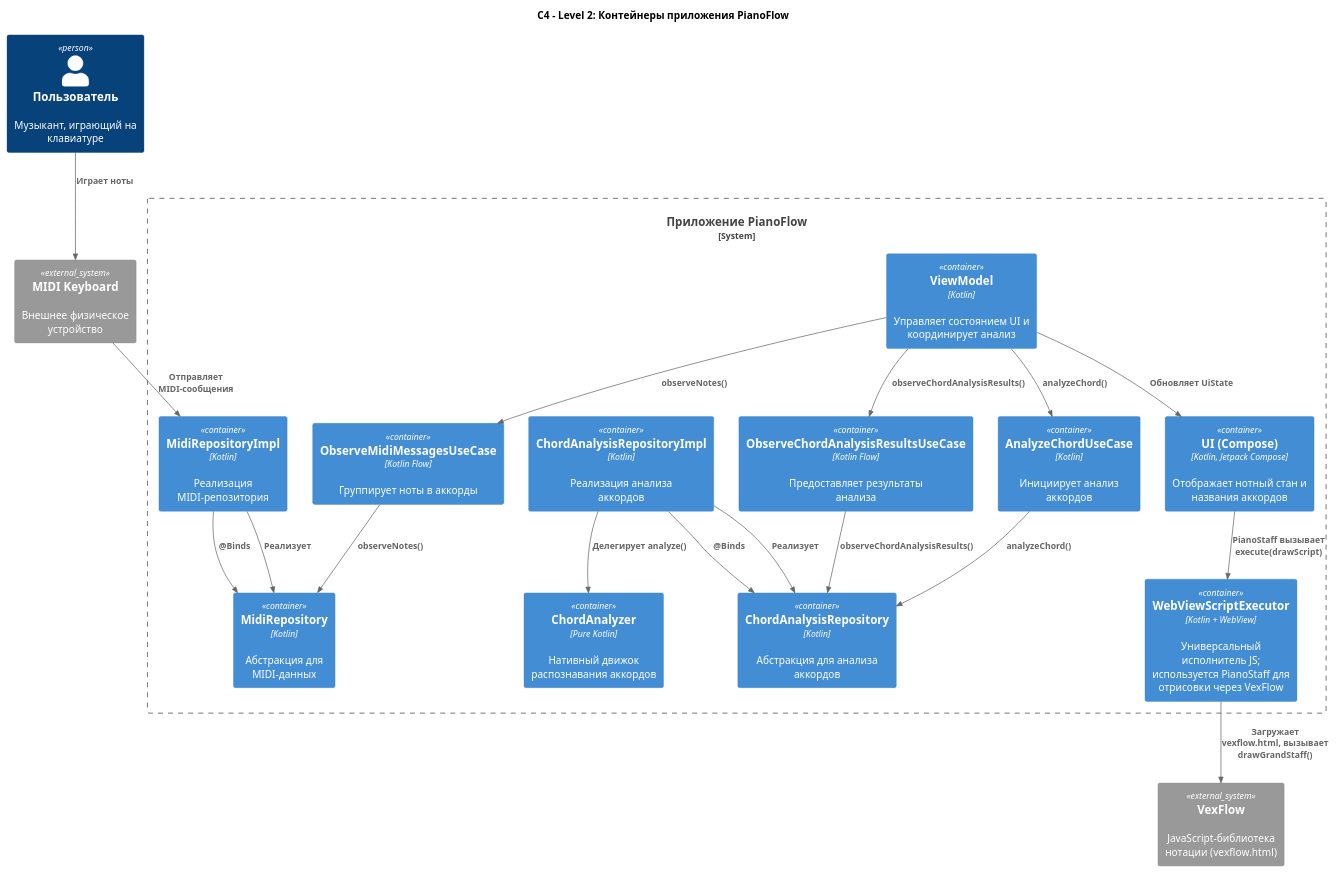
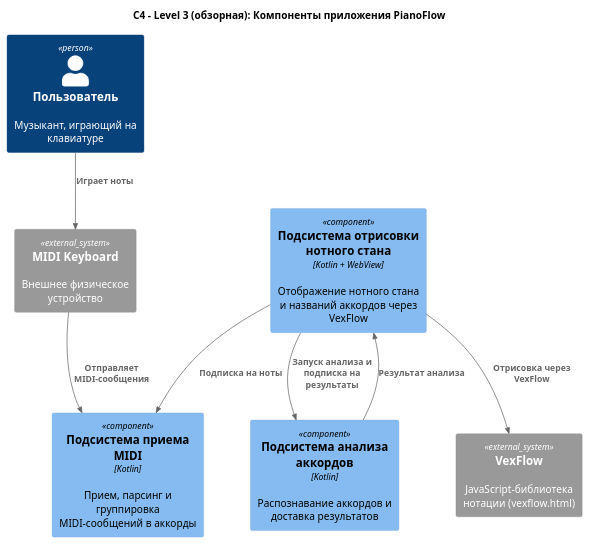
The first of 10 diagrams in docs/ru/specs/MIDI_MESSAGE_PROCESSING.md (astrizhachuk/PianoFlow), drawn with PlantUML before and after one commit. The commit also changed other lines of this file and 3 other files, not shown here.

Commit message:
docs: обновить спецификации анализа аккордов и обработки MIDI-сообщений, улучшить структуру и описание компонентов

````diff
--- a/docs/ru/specs/MIDI_MESSAGE_PROCESSING.md
+++ b/docs/ru/specs/MIDI_MESSAGE_PROCESSING.md
@@ -52,47 +52,23 @@
 ```plantuml
 @startuml
-!include https://raw.githubusercontent.com/plantuml-stdlib/C4-PlantUML/master/C4_Container.puml
+!include https://raw.githubusercontent.com/plantuml-stdlib/C4-PlantUML/master/C4_Component.puml
 
-title C4 - Level 2: Контейнеры приложения PianoFlow
+title C4 - Level 3 (обзорная): Компоненты приложения PianoFlow
 
 Person(user, "Пользователь", "Музыкант, играющий на клавиатуре")
 System_Ext(midi_device, "MIDI Keyboard", "Внешнее физическое устройство")
 System_Ext(vexflow, "VexFlow", "JavaScript-библиотека нотации (vexflow.html)")
 
-System_Boundary(piano_flow, "Приложение PianoFlow") {
-    Container(ui, "UI (Compose)", "Kotlin, Jetpack Compose", "Отображает нотный стан и названия аккордов")
-    Container(vm, "ViewModel", "Kotlin", "Управляет состоянием UI и координирует анализ")
-    Container(observe_midi, "ObserveMidiMessagesUseCase", "Kotlin Flow", "Группирует ноты в аккорды")
-    Container(analyze_chord, "AnalyzeChordUseCase", "Kotlin", "Инициирует анализ аккордов")
-    Container(observe_chord, "ObserveChordAnalysisResultsUseCase", "Kotlin Flow", "Предоставляет результаты анализа")
-    Container(midi_repo, "MidiRepository", "Kotlin", "Абстракция для MIDI-данных")
-    Container(chord_repo, "ChordAnalysisRepository", "Kotlin", "Абстракция для анализа аккордов")
-    Container(midi_repo_impl, "MidiRepositoryImpl", "Kotlin", "Реализация MIDI-репозитория")
-    Container(chord_repo_impl, "ChordAnalysisRepositoryImpl", "Kotlin", "Реализация анализа аккордов")
-    Container(chord_analyzer, "ChordAnalyzer", "Pure Kotlin", "Нативный движок распознавания аккордов")
-    Container(script_executor, "WebViewScriptExecutor", "Kotlin + WebView", "Универсальный исполнитель JS; используется PianoStaff для отрисовки через VexFlow")
-}
+Component(midi_subsystem, "Подсистема приема MIDI", "Kotlin", "Прием, парсинг и группировка MIDI-сообщений в аккорды")
+Component(chord_subsystem, "Подсистема анализа аккордов", "Kotlin", "Распознавание аккордов и доставка результатов")
+Component(rendering_subsystem, "Подсистема отрисовки нотного стана", "Kotlin + WebView", "Отображение нотного стана и названий аккордов через VexFlow")
 
 Rel(user, midi_device, "Играет ноты")
-Rel(midi_device, midi_repo_impl, "Отправляет MIDI-сообщения")
-Rel(midi_repo_impl, midi_repo, "Реализует")
-Rel(chord_repo_impl, chord_repo, "Реализует")
-Rel(chord_repo_impl, chord_analyzer, "Делегирует analyze()")
-
-Rel(vm, observe_midi, "observeNotes()")
-Rel(vm, analyze_chord, "analyzeChord()")
-Rel(vm, observe_chord, "observeChordAnalysisResults()")
-
-Rel(observe_midi, midi_repo, "observeNotes()")
-Rel(analyze_chord, chord_repo, "analyzeChord()")
-Rel(observe_chord, chord_repo, "observeChordAnalysisResults()")
-
-Rel(midi_repo_impl, midi_repo, "@Binds")
-Rel(chord_repo_impl, chord_repo, "@Binds")
-
-Rel(vm, ui, "Обновляет UiState")
-Rel(ui, script_executor, "PianoStaff вызывает execute(drawScript)")
-Rel(script_executor, vexflow, "Загружает vexflow.html, вызывает drawGrandStaff()")
+Rel(midi_device, midi_subsystem, "Отправляет MIDI-сообщения")
+Rel(rendering_subsystem, midi_subsystem, "Подписка на ноты")
+Rel(rendering_subsystem, chord_subsystem, "Запуск анализа и подписка на результаты")
+Rel(chord_subsystem, rendering_subsystem, "Результат анализа")
+Rel(rendering_subsystem, vexflow, "Отрисовка через VexFlow")
 
 @enduml
 ```
````
